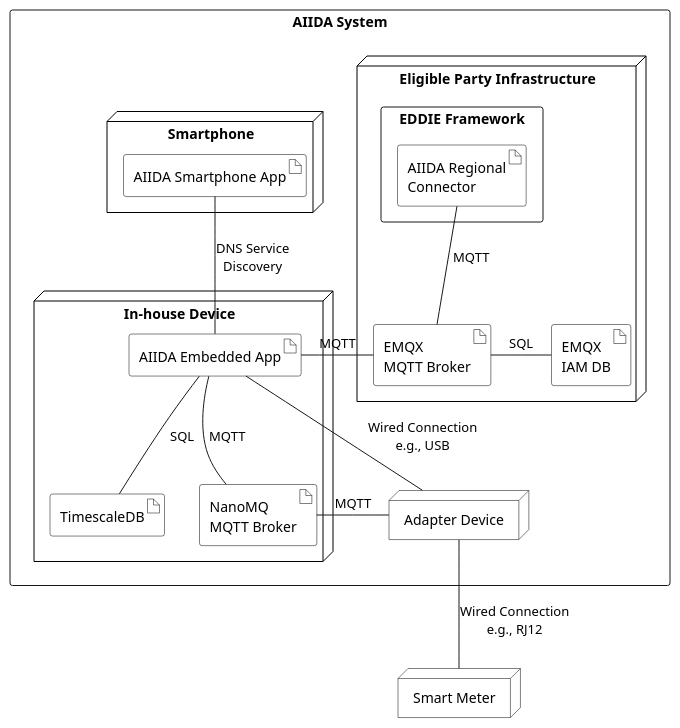
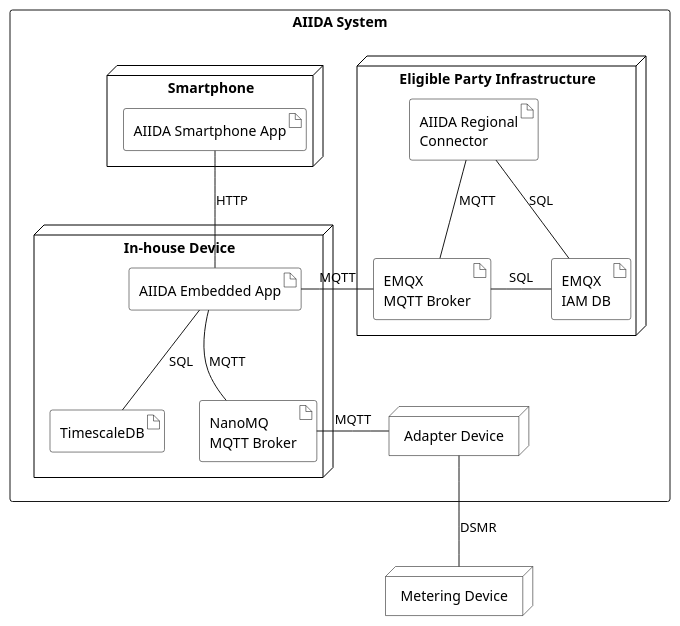
One commit to eddie-energy/architecture changed the diagram in arc42/aiida/deployment-view/figures/aiida_deployment_view.puml. Above: the diagram before and after it, drawn with PlantUML. The commit also changed 34 other files, not shown here.

```diff
--- a/arc42/aiida/deployment-view/figures/aiida_deployment_view.puml
+++ b/arc42/aiida/deployment-view/figures/aiida_deployment_view.puml
@@ -1,82 +1,60 @@
 @startuml aiida_deployment_view
 'component diagram
 
 ' skinparam linetype ortho
 
 skinparam artifact{
   BorderColor black
   BackgroundColor transparent
 }
 skinparam node{
   BorderColor black
   BackgroundColor white
 }
 skinparam rectangle{
   ' BorderColor transparent
   BackgroundColor transparent
   FontColor black
 }
 
 rectangle "AIIDA System" {
   node "Eligible Party Infrastructure"  as epInfra{
-    rectangle "EDDIE Framework" {
       artifact "AIIDA Regional\nConnector" as regcon
-    }
     artifact "EMQX \nMQTT Broker" as broker
     artifact "EMQX \nIAM DB" as emqxiam
 
     broker -right- emqxiam : SQL
     regcon -down- broker : MQTT
+    regcon -down- emqxiam : SQL
+
   }
 
   node "Smartphone" as smartphone{
     artifact "AIIDA Smartphone App" as app
 
   }
   node "In-house Device" as aiida {
     artifact "AIIDA Embedded App" as embapp
     artifact "NanoMQ \nMQTT Broker" as nano
     artifact "TimescaleDB" as db
 
     embapp -down- nano : MQTT
     embapp -down- db : SQL
     db -[hidden]right- nano
   }
 
-  embapp -up- app : DNS Service\nDiscovery
+  embapp -up- app : HTTP
   embapp -right- broker : MQTT
 
   ' frame "Device Austria" as device2
   ' frame "Device France" as device3
 node "Adapter Device" as adapterDevice
 }
-node "Smart Meter" as smartmeter
+node "Metering Device" as smartmeter
 
-adapterDevice -left- embapp :  Wired Connection\ne.g., USB
+adapterDevice -[hidden]left- embapp
 adapterDevice -left- nano : MQTT
 
-smartmeter -up- adapterDevice : Wired Connection\ne.g., RJ12
-
-
-' frame "Enedis" as enedis
-' frame "Smart Meter" as smartmeter2
-
-' device1 -left- smartmeter1:\n\nPhysical\ninterfaces
-' device2 -left- smartmeter2:\n\nPhysical\ninterfaces
-' device3 -left- enedis:\nTIC\n(2-wire)
-
-
-
-' embapp -right- device1:USB
-' embapp -right- device3:Modbus TCP
-' nano -right- device2:MQTT
-' device1 -[hidden]down- device2
-' device2 -[hidden]down- device3
-' epInfra -[hidden]right- aiida
-' enedis -[hidden]left-device3
-
-
-
-
+smartmeter -up- adapterDevice : DSMR
 
 @enduml
```
